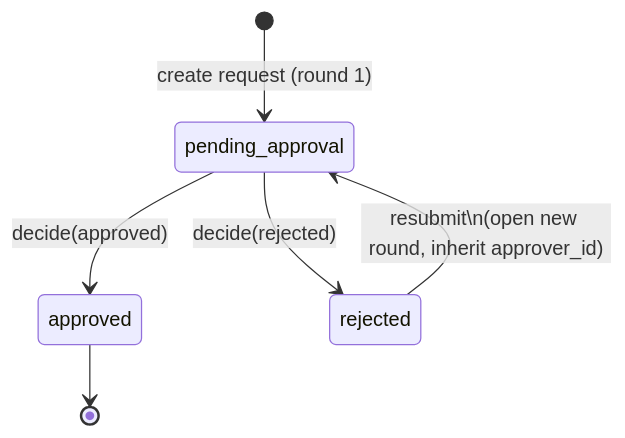
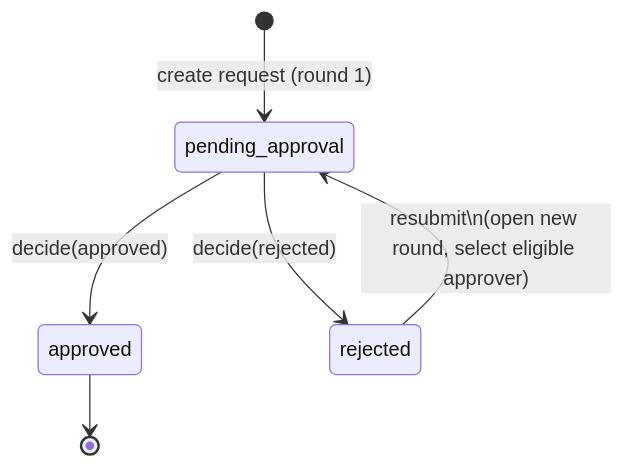
The fourth of 4 diagrams in docs/collaboration-review.md (wangminle/prd-draft-review-workflow-v1), drawn with Mermaid before and after one commit. The commit also changed other lines of this file and 88 other files, not shown here.

````diff
--- a/docs/collaboration-review.md
+++ b/docs/collaboration-review.md
@@ -407,8 +416,8 @@
 ```mermaid
 stateDiagram-v2
     [*] --> pending_approval : create request (round 1)
     pending_approval --> approved : decide(approved)
     pending_approval --> rejected : decide(rejected)
-    rejected --> pending_approval : resubmit\n(open new round, inherit approver_id)
+    rejected --> pending_approval : resubmit\n(open new round, select eligible approver)
     approved --> [*]
 ```
````
